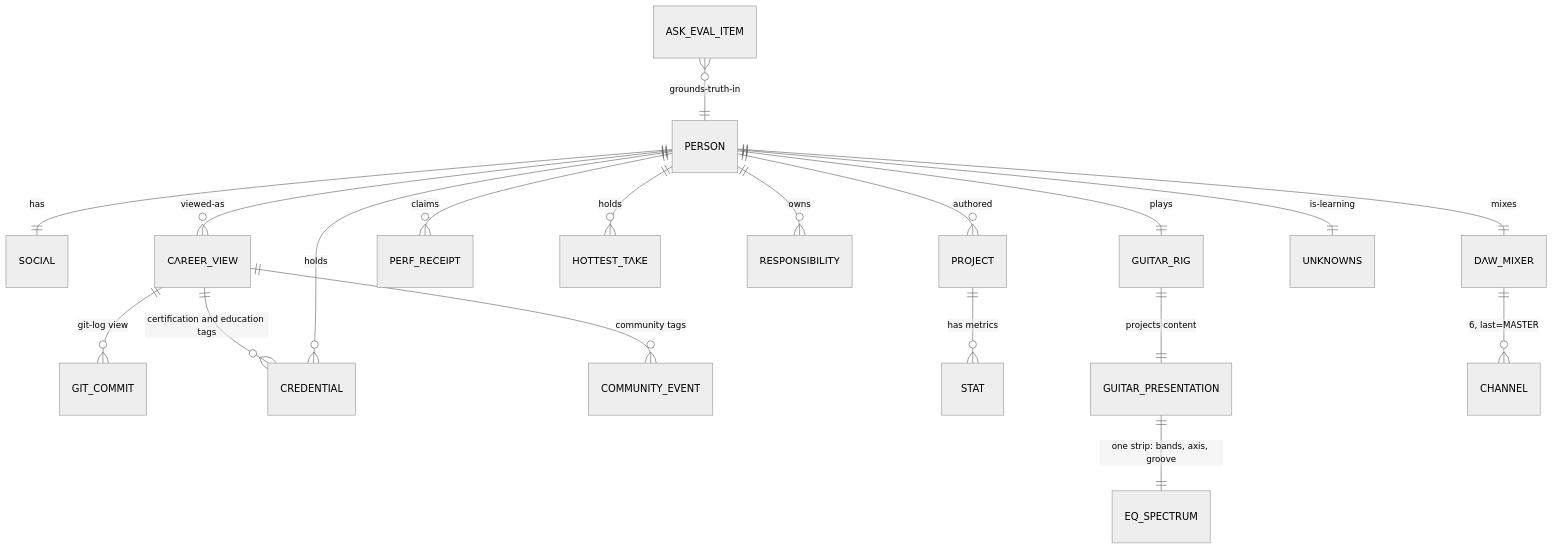
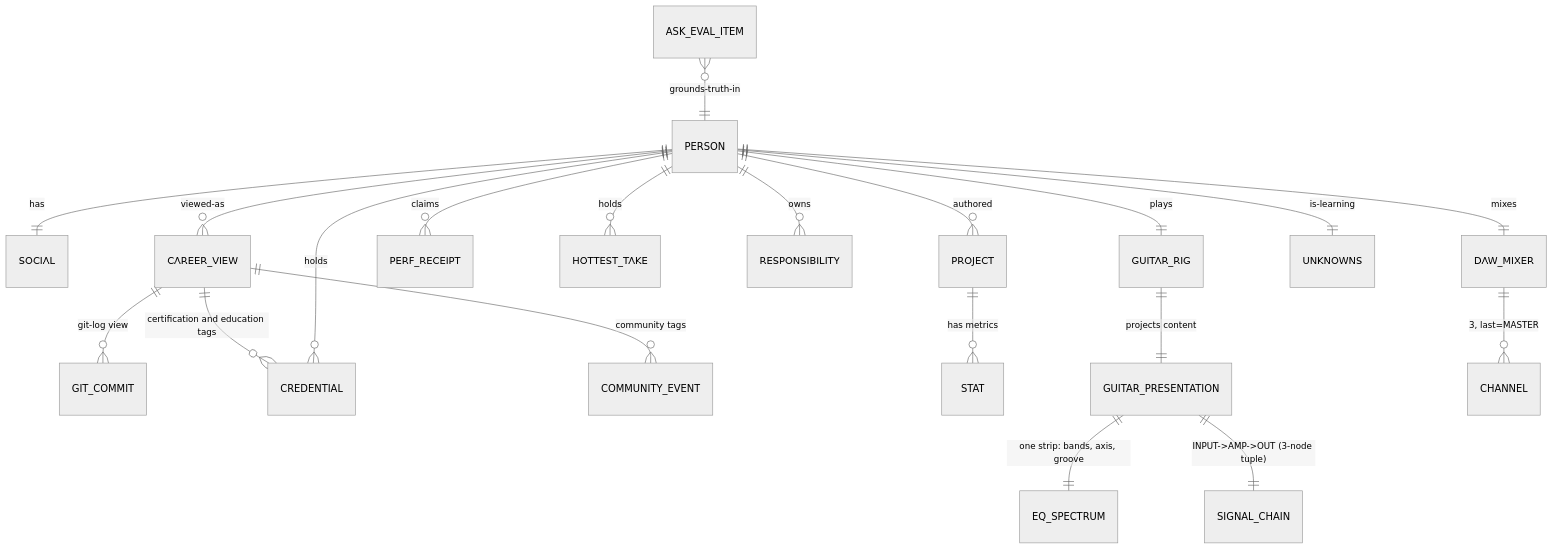
The second of 2 diagrams in docs/02-domain.md (erikunha/portfolio), drawn with Mermaid (neutral theme) before and after one commit. The commit also changed other lines of this file and 35 other files, not shown here.

First line of the commit message:
feat(guitar): merge the DAW mixer into the guitar module under the EQ strip, three channels

````diff
--- a/docs/02-domain.md
+++ b/docs/02-domain.md
@@ -81,21 +81,22 @@
 ```mermaid
 erDiagram
     PERSON ||--|| SOCIAL : has
     PERSON ||--o{ CAREER_VIEW : "viewed-as"
     CAREER_VIEW ||--o{ GIT_COMMIT : "git-log view"
     CAREER_VIEW ||--o{ CREDENTIAL : "certification and education tags"
     CAREER_VIEW ||--o{ COMMUNITY_EVENT : "community tags"
     PERSON ||--o{ PROJECT : authored
     PROJECT ||--o{ STAT : "has metrics"
     PERSON ||--o{ PERF_RECEIPT : claims
     PERSON ||--o{ HOTTEST_TAKE : holds
     PERSON ||--o{ RESPONSIBILITY : owns
     PERSON ||--o{ CREDENTIAL : holds
     PERSON ||--|| GUITAR_RIG : plays
     GUITAR_RIG ||--|| GUITAR_PRESENTATION : "projects content"
     GUITAR_PRESENTATION ||--|| EQ_SPECTRUM : "one strip: bands, axis, groove"
+    GUITAR_PRESENTATION ||--|| SIGNAL_CHAIN : "INPUT->AMP->OUT (3-node tuple)"
     PERSON ||--|| DAW_MIXER : mixes
-    DAW_MIXER ||--o{ CHANNEL : "6, last=MASTER"
+    DAW_MIXER ||--o{ CHANNEL : "3, last=MASTER"
     PERSON ||--|| UNKNOWNS : "is-learning"
     ASK_EVAL_ITEM }o--|| PERSON : "grounds-truth-in"
 ```
````
